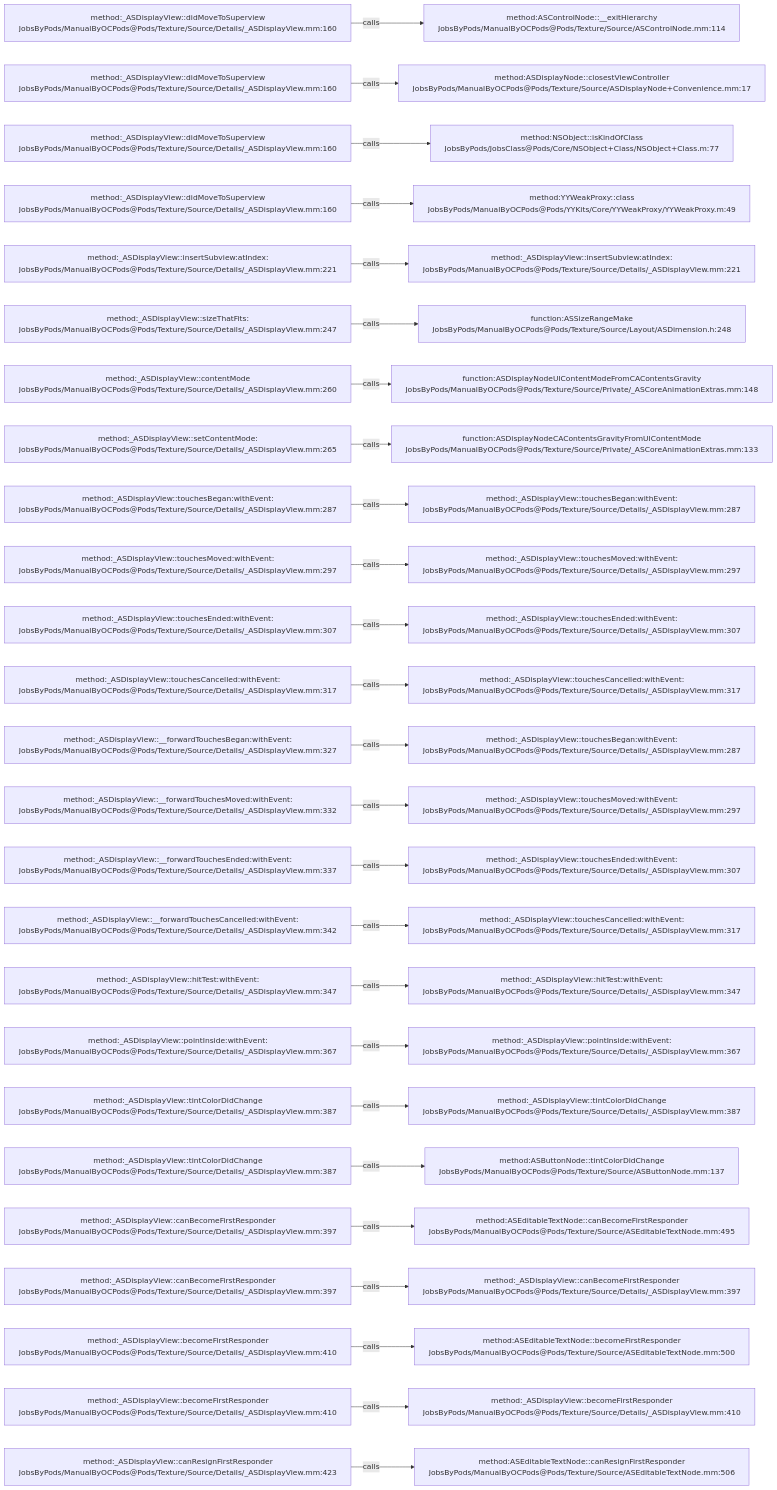
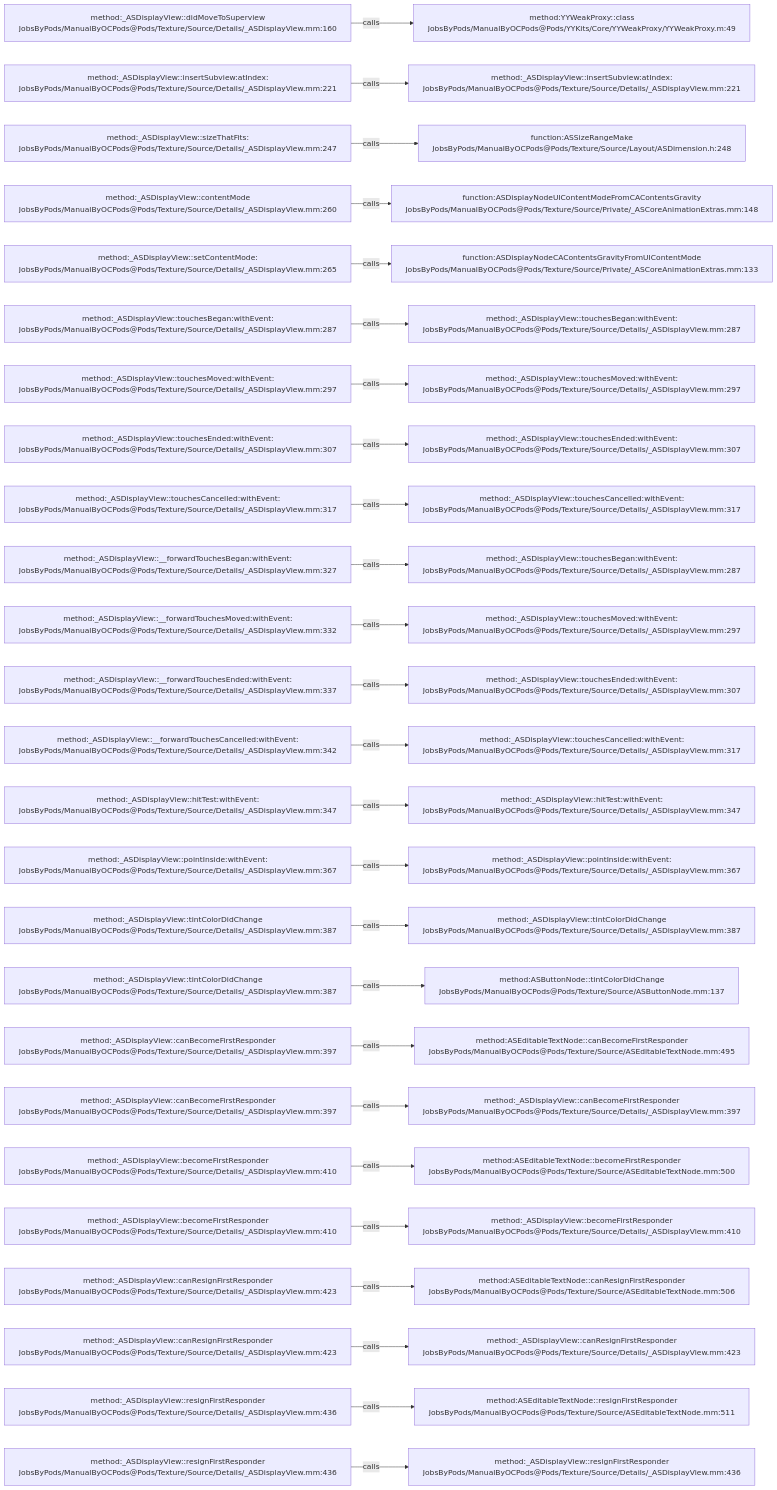
One commit to JobsKits/JobsOCBaseConfigDemo changed the diagram in .codegraph/codegraph.md/graphs/calls-174.md. Above: the diagram before and after it, drawn with Mermaid. The commit also changed 342 other files, not shown here.

````diff
--- a/.codegraph/codegraph.md/graphs/calls-174.md
+++ b/.codegraph/codegraph.md/graphs/calls-174.md
@@ -13,78 +13,78 @@
 ```mermaid
 flowchart LR
   S1["method:_ASDisplayView::didMoveToSuperview<br/>JobsByPods/ManualByOCPods@Pods/Texture/Source/Details/_ASDisplayView.mm:160"]
-  T1["method:ASControlNode::__exitHierarchy<br/>JobsByPods/ManualByOCPods@Pods/Texture/Source/ASControlNode.mm:114"]
+  T1["method:YYWeakProxy::class<br/>JobsByPods/ManualByOCPods@Pods/YYKits/Core/YYWeakProxy/YYWeakProxy.m:49"]
   S1 -->|calls| T1
-  S2["method:_ASDisplayView::didMoveToSuperview<br/>JobsByPods/ManualByOCPods@Pods/Texture/Source/Details/_ASDisplayView.mm:160"]
-  T2["method:ASDisplayNode::closestViewController<br/>JobsByPods/ManualByOCPods@Pods/Texture/Source/ASDisplayNode+Convenience.mm:17"]
+  S2["method:_ASDisplayView::insertSubview:atIndex:<br/>JobsByPods/ManualByOCPods@Pods/Texture/Source/Details/_ASDisplayView.mm:221"]
+  T2["method:_ASDisplayView::insertSubview:atIndex:<br/>JobsByPods/ManualByOCPods@Pods/Texture/Source/Details/_ASDisplayView.mm:221"]
   S2 -->|calls| T2
-  S3["method:_ASDisplayView::didMoveToSuperview<br/>JobsByPods/ManualByOCPods@Pods/Texture/Source/Details/_ASDisplayView.mm:160"]
-  T3["method:NSObject::isKindOfClass<br/>JobsByPods/JobsClass@Pods/Core/NSObject+Class/NSObject+Class.m:77"]
+  S3["method:_ASDisplayView::sizeThatFits:<br/>JobsByPods/ManualByOCPods@Pods/Texture/Source/Details/_ASDisplayView.mm:247"]
+  T3["function:ASSizeRangeMake<br/>JobsByPods/ManualByOCPods@Pods/Texture/Source/Layout/ASDimension.h:248"]
   S3 -->|calls| T3
-  S4["method:_ASDisplayView::didMoveToSuperview<br/>JobsByPods/ManualByOCPods@Pods/Texture/Source/Details/_ASDisplayView.mm:160"]
-  T4["method:YYWeakProxy::class<br/>JobsByPods/ManualByOCPods@Pods/YYKits/Core/YYWeakProxy/YYWeakProxy.m:49"]
+  S4["method:_ASDisplayView::contentMode<br/>JobsByPods/ManualByOCPods@Pods/Texture/Source/Details/_ASDisplayView.mm:260"]
+  T4["function:ASDisplayNodeUIContentModeFromCAContentsGravity<br/>JobsByPods/ManualByOCPods@Pods/Texture/Source/Private/_ASCoreAnimationExtras.mm:148"]
   S4 -->|calls| T4
-  S5["method:_ASDisplayView::insertSubview:atIndex:<br/>JobsByPods/ManualByOCPods@Pods/Texture/Source/Details/_ASDisplayView.mm:221"]
-  T5["method:_ASDisplayView::insertSubview:atIndex:<br/>JobsByPods/ManualByOCPods@Pods/Texture/Source/Details/_ASDisplayView.mm:221"]
+  S5["method:_ASDisplayView::setContentMode:<br/>JobsByPods/ManualByOCPods@Pods/Texture/Source/Details/_ASDisplayView.mm:265"]
+  T5["function:ASDisplayNodeCAContentsGravityFromUIContentMode<br/>JobsByPods/ManualByOCPods@Pods/Texture/Source/Private/_ASCoreAnimationExtras.mm:133"]
   S5 -->|calls| T5
-  S6["method:_ASDisplayView::sizeThatFits:<br/>JobsByPods/ManualByOCPods@Pods/Texture/Source/Details/_ASDisplayView.mm:247"]
-  T6["function:ASSizeRangeMake<br/>JobsByPods/ManualByOCPods@Pods/Texture/Source/Layout/ASDimension.h:248"]
+  S6["method:_ASDisplayView::touchesBegan:withEvent:<br/>JobsByPods/ManualByOCPods@Pods/Texture/Source/Details/_ASDisplayView.mm:287"]
+  T6["method:_ASDisplayView::touchesBegan:withEvent:<br/>JobsByPods/ManualByOCPods@Pods/Texture/Source/Details/_ASDisplayView.mm:287"]
   S6 -->|calls| T6
-  S7["method:_ASDisplayView::contentMode<br/>JobsByPods/ManualByOCPods@Pods/Texture/Source/Details/_ASDisplayView.mm:260"]
-  T7["function:ASDisplayNodeUIContentModeFromCAContentsGravity<br/>JobsByPods/ManualByOCPods@Pods/Texture/Source/Private/_ASCoreAnimationExtras.mm:148"]
+  S7["method:_ASDisplayView::touchesMoved:withEvent:<br/>JobsByPods/ManualByOCPods@Pods/Texture/Source/Details/_ASDisplayView.mm:297"]
+  T7["method:_ASDisplayView::touchesMoved:withEvent:<br/>JobsByPods/ManualByOCPods@Pods/Texture/Source/Details/_ASDisplayView.mm:297"]
   S7 -->|calls| T7
-  S8["method:_ASDisplayView::setContentMode:<br/>JobsByPods/ManualByOCPods@Pods/Texture/Source/Details/_ASDisplayView.mm:265"]
-  T8["function:ASDisplayNodeCAContentsGravityFromUIContentMode<br/>JobsByPods/ManualByOCPods@Pods/Texture/Source/Private/_ASCoreAnimationExtras.mm:133"]
+  S8["method:_ASDisplayView::touchesEnded:withEvent:<br/>JobsByPods/ManualByOCPods@Pods/Texture/Source/Details/_ASDisplayView.mm:307"]
+  T8["method:_ASDisplayView::touchesEnded:withEvent:<br/>JobsByPods/ManualByOCPods@Pods/Texture/Source/Details/_ASDisplayView.mm:307"]
   S8 -->|calls| T8
-  S9["method:_ASDisplayView::touchesBegan:withEvent:<br/>JobsByPods/ManualByOCPods@Pods/Texture/Source/Details/_ASDisplayView.mm:287"]
-  T9["method:_ASDisplayView::touchesBegan:withEvent:<br/>JobsByPods/ManualByOCPods@Pods/Texture/Source/Details/_ASDisplayView.mm:287"]
+  S9["method:_ASDisplayView::touchesCancelled:withEvent:<br/>JobsByPods/ManualByOCPods@Pods/Texture/Source/Details/_ASDisplayView.mm:317"]
+  T9["method:_ASDisplayView::touchesCancelled:withEvent:<br/>JobsByPods/ManualByOCPods@Pods/Texture/Source/Details/_ASDisplayView.mm:317"]
   S9 -->|calls| T9
-  S10["method:_ASDisplayView::touchesMoved:withEvent:<br/>JobsByPods/ManualByOCPods@Pods/Texture/Source/Details/_ASDisplayView.mm:297"]
-  T10["method:_ASDisplayView::touchesMoved:withEvent:<br/>JobsByPods/ManualByOCPods@Pods/Texture/Source/Details/_ASDisplayView.mm:297"]
+  S10["method:_ASDisplayView::__forwardTouchesBegan:withEvent:<br/>JobsByPods/ManualByOCPods@Pods/Texture/Source/Details/_ASDisplayView.mm:327"]
+  T10["method:_ASDisplayView::touchesBegan:withEvent:<br/>JobsByPods/ManualByOCPods@Pods/Texture/Source/Details/_ASDisplayView.mm:287"]
   S10 -->|calls| T10
-  S11["method:_ASDisplayView::touchesEnded:withEvent:<br/>JobsByPods/ManualByOCPods@Pods/Texture/Source/Details/_ASDisplayView.mm:307"]
-  T11["method:_ASDisplayView::touchesEnded:withEvent:<br/>JobsByPods/ManualByOCPods@Pods/Texture/Source/Details/_ASDisplayView.mm:307"]
+  S11["method:_ASDisplayView::__forwardTouchesMoved:withEvent:<br/>JobsByPods/ManualByOCPods@Pods/Texture/Source/Details/_ASDisplayView.mm:332"]
+  T11["method:_ASDisplayView::touchesMoved:withEvent:<br/>JobsByPods/ManualByOCPods@Pods/Texture/Source/Details/_ASDisplayView.mm:297"]
   S11 -->|calls| T11
-  S12["method:_ASDisplayView::touchesCancelled:withEvent:<br/>JobsByPods/ManualByOCPods@Pods/Texture/Source/Details/_ASDisplayView.mm:317"]
-  T12["method:_ASDisplayView::touchesCancelled:withEvent:<br/>JobsByPods/ManualByOCPods@Pods/Texture/Source/Details/_ASDisplayView.mm:317"]
+  S12["method:_ASDisplayView::__forwardTouchesEnded:withEvent:<br/>JobsByPods/ManualByOCPods@Pods/Texture/Source/Details/_ASDisplayView.mm:337"]
+  T12["method:_ASDisplayView::touchesEnded:withEvent:<br/>JobsByPods/ManualByOCPods@Pods/Texture/Source/Details/_ASDisplayView.mm:307"]
   S12 -->|calls| T12
-  S13["method:_ASDisplayView::__forwardTouchesBegan:withEvent:<br/>JobsByPods/ManualByOCPods@Pods/Texture/Source/Details/_ASDisplayView.mm:327"]
-  T13["method:_ASDisplayView::touchesBegan:withEvent:<br/>JobsByPods/ManualByOCPods@Pods/Texture/Source/Details/_ASDisplayView.mm:287"]
+  S13["method:_ASDisplayView::__forwardTouchesCancelled:withEvent:<br/>JobsByPods/ManualByOCPods@Pods/Texture/Source/Details/_ASDisplayView.mm:342"]
+  T13["method:_ASDisplayView::touchesCancelled:withEvent:<br/>JobsByPods/ManualByOCPods@Pods/Texture/Source/Details/_ASDisplayView.mm:317"]
   S13 -->|calls| T13
-  S14["method:_ASDisplayView::__forwardTouchesMoved:withEvent:<br/>JobsByPods/ManualByOCPods@Pods/Texture/Source/Details/_ASDisplayView.mm:332"]
-  T14["method:_ASDisplayView::touchesMoved:withEvent:<br/>JobsByPods/ManualByOCPods@Pods/Texture/Source/Details/_ASDisplayView.mm:297"]
+  S14["method:_ASDisplayView::hitTest:withEvent:<br/>JobsByPods/ManualByOCPods@Pods/Texture/Source/Details/_ASDisplayView.mm:347"]
+  T14["method:_ASDisplayView::hitTest:withEvent:<br/>JobsByPods/ManualByOCPods@Pods/Texture/Source/Details/_ASDisplayView.mm:347"]
   S14 -->|calls| T14
-  S15["method:_ASDisplayView::__forwardTouchesEnded:withEvent:<br/>JobsByPods/ManualByOCPods@Pods/Texture/Source/Details/_ASDisplayView.mm:337"]
-  T15["method:_ASDisplayView::touchesEnded:withEvent:<br/>JobsByPods/ManualByOCPods@Pods/Texture/Source/Details/_ASDisplayView.mm:307"]
+  S15["method:_ASDisplayView::pointInside:withEvent:<br/>JobsByPods/ManualByOCPods@Pods/Texture/Source/Details/_ASDisplayView.mm:367"]
+  T15["method:_ASDisplayView::pointInside:withEvent:<br/>JobsByPods/ManualByOCPods@Pods/Texture/Source/Details/_ASDisplayView.mm:367"]
   S15 -->|calls| T15
-  S16["method:_ASDisplayView::__forwardTouchesCancelled:withEvent:<br/>JobsByPods/ManualByOCPods@Pods/Texture/Source/Details/_ASDisplayView.mm:342"]
-  T16["method:_ASDisplayView::touchesCancelled:withEvent:<br/>JobsByPods/ManualByOCPods@Pods/Texture/Source/Details/_ASDisplayView.mm:317"]
+  S16["method:_ASDisplayView::tintColorDidChange<br/>JobsByPods/ManualByOCPods@Pods/Texture/Source/Details/_ASDisplayView.mm:387"]
+  T16["method:_ASDisplayView::tintColorDidChange<br/>JobsByPods/ManualByOCPods@Pods/Texture/Source/Details/_ASDisplayView.mm:387"]
   S16 -->|calls| T16
-  S17["method:_ASDisplayView::hitTest:withEvent:<br/>JobsByPods/ManualByOCPods@Pods/Texture/Source/Details/_ASDisplayView.mm:347"]
-  T17["method:_ASDisplayView::hitTest:withEvent:<br/>JobsByPods/ManualByOCPods@Pods/Texture/Source/Details/_ASDisplayView.mm:347"]
+  S17["method:_ASDisplayView::tintColorDidChange<br/>JobsByPods/ManualByOCPods@Pods/Texture/Source/Details/_ASDisplayView.mm:387"]
+  T17["method:ASButtonNode::tintColorDidChange<br/>JobsByPods/ManualByOCPods@Pods/Texture/Source/ASButtonNode.mm:137"]
   S17 -->|calls| T17
-  S18["method:_ASDisplayView::pointInside:withEvent:<br/>JobsByPods/ManualByOCPods@Pods/Texture/Source/Details/_ASDisplayView.mm:367"]
-  T18["method:_ASDisplayView::pointInside:withEvent:<br/>JobsByPods/ManualByOCPods@Pods/Texture/Source/Details/_ASDisplayView.mm:367"]
+  S18["method:_ASDisplayView::canBecomeFirstResponder<br/>JobsByPods/ManualByOCPods@Pods/Texture/Source/Details/_ASDisplayView.mm:397"]
+  T18["method:ASEditableTextNode::canBecomeFirstResponder<br/>JobsByPods/ManualByOCPods@Pods/Texture/Source/ASEditableTextNode.mm:495"]
   S18 -->|calls| T18
-  S19["method:_ASDisplayView::tintColorDidChange<br/>JobsByPods/ManualByOCPods@Pods/Texture/Source/Details/_ASDisplayView.mm:387"]
-  T19["method:_ASDisplayView::tintColorDidChange<br/>JobsByPods/ManualByOCPods@Pods/Texture/Source/Details/_ASDisplayView.mm:387"]
+  S19["method:_ASDisplayView::canBecomeFirstResponder<br/>JobsByPods/ManualByOCPods@Pods/Texture/Source/Details/_ASDisplayView.mm:397"]
+  T19["method:_ASDisplayView::canBecomeFirstResponder<br/>JobsByPods/ManualByOCPods@Pods/Texture/Source/Details/_ASDisplayView.mm:397"]
   S19 -->|calls| T19
-  S20["method:_ASDisplayView::tintColorDidChange<br/>JobsByPods/ManualByOCPods@Pods/Texture/Source/Details/_ASDisplayView.mm:387"]
-  T20["method:ASButtonNode::tintColorDidChange<br/>JobsByPods/ManualByOCPods@Pods/Texture/Source/ASButtonNode.mm:137"]
+  S20["method:_ASDisplayView::becomeFirstResponder<br/>JobsByPods/ManualByOCPods@Pods/Texture/Source/Details/_ASDisplayView.mm:410"]
+  T20["method:ASEditableTextNode::becomeFirstResponder<br/>JobsByPods/ManualByOCPods@Pods/Texture/Source/ASEditableTextNode.mm:500"]
   S20 -->|calls| T20
-  S21["method:_ASDisplayView::canBecomeFirstResponder<br/>JobsByPods/ManualByOCPods@Pods/Texture/Source/Details/_ASDisplayView.mm:397"]
-  T21["method:ASEditableTextNode::canBecomeFirstResponder<br/>JobsByPods/ManualByOCPods@Pods/Texture/Source/ASEditableTextNode.mm:495"]
+  S21["method:_ASDisplayView::becomeFirstResponder<br/>JobsByPods/ManualByOCPods@Pods/Texture/Source/Details/_ASDisplayView.mm:410"]
+  T21["method:_ASDisplayView::becomeFirstResponder<br/>JobsByPods/ManualByOCPods@Pods/Texture/Source/Details/_ASDisplayView.mm:410"]
   S21 -->|calls| T21
-  S22["method:_ASDisplayView::canBecomeFirstResponder<br/>JobsByPods/ManualByOCPods@Pods/Texture/Source/Details/_ASDisplayView.mm:397"]
-  T22["method:_ASDisplayView::canBecomeFirstResponder<br/>JobsByPods/ManualByOCPods@Pods/Texture/Source/Details/_ASDisplayView.mm:397"]
+  S22["method:_ASDisplayView::canResignFirstResponder<br/>JobsByPods/ManualByOCPods@Pods/Texture/Source/Details/_ASDisplayView.mm:423"]
+  T22["method:ASEditableTextNode::canResignFirstResponder<br/>JobsByPods/ManualByOCPods@Pods/Texture/Source/ASEditableTextNode.mm:506"]
   S22 -->|calls| T22
-  S23["method:_ASDisplayView::becomeFirstResponder<br/>JobsByPods/ManualByOCPods@Pods/Texture/Source/Details/_ASDisplayView.mm:410"]
-  T23["method:ASEditableTextNode::becomeFirstResponder<br/>JobsByPods/ManualByOCPods@Pods/Texture/Source/ASEditableTextNode.mm:500"]
+  S23["method:_ASDisplayView::canResignFirstResponder<br/>JobsByPods/ManualByOCPods@Pods/Texture/Source/Details/_ASDisplayView.mm:423"]
+  T23["method:_ASDisplayView::canResignFirstResponder<br/>JobsByPods/ManualByOCPods@Pods/Texture/Source/Details/_ASDisplayView.mm:423"]
   S23 -->|calls| T23
-  S24["method:_ASDisplayView::becomeFirstResponder<br/>JobsByPods/ManualByOCPods@Pods/Texture/Source/Details/_ASDisplayView.mm:410"]
-  T24["method:_ASDisplayView::becomeFirstResponder<br/>JobsByPods/ManualByOCPods@Pods/Texture/Source/Details/_ASDisplayView.mm:410"]
+  S24["method:_ASDisplayView::resignFirstResponder<br/>JobsByPods/ManualByOCPods@Pods/Texture/Source/Details/_ASDisplayView.mm:436"]
+  T24["method:ASEditableTextNode::resignFirstResponder<br/>JobsByPods/ManualByOCPods@Pods/Texture/Source/ASEditableTextNode.mm:511"]
   S24 -->|calls| T24
-  S25["method:_ASDisplayView::canResignFirstResponder<br/>JobsByPods/ManualByOCPods@Pods/Texture/Source/Details/_ASDisplayView.mm:423"]
-  T25["method:ASEditableTextNode::canResignFirstResponder<br/>JobsByPods/ManualByOCPods@Pods/Texture/Source/ASEditableTextNode.mm:506"]
+  S25["method:_ASDisplayView::resignFirstResponder<br/>JobsByPods/ManualByOCPods@Pods/Texture/Source/Details/_ASDisplayView.mm:436"]
+  T25["method:_ASDisplayView::resignFirstResponder<br/>JobsByPods/ManualByOCPods@Pods/Texture/Source/Details/_ASDisplayView.mm:436"]
   S25 -->|calls| T25
 ```
````
